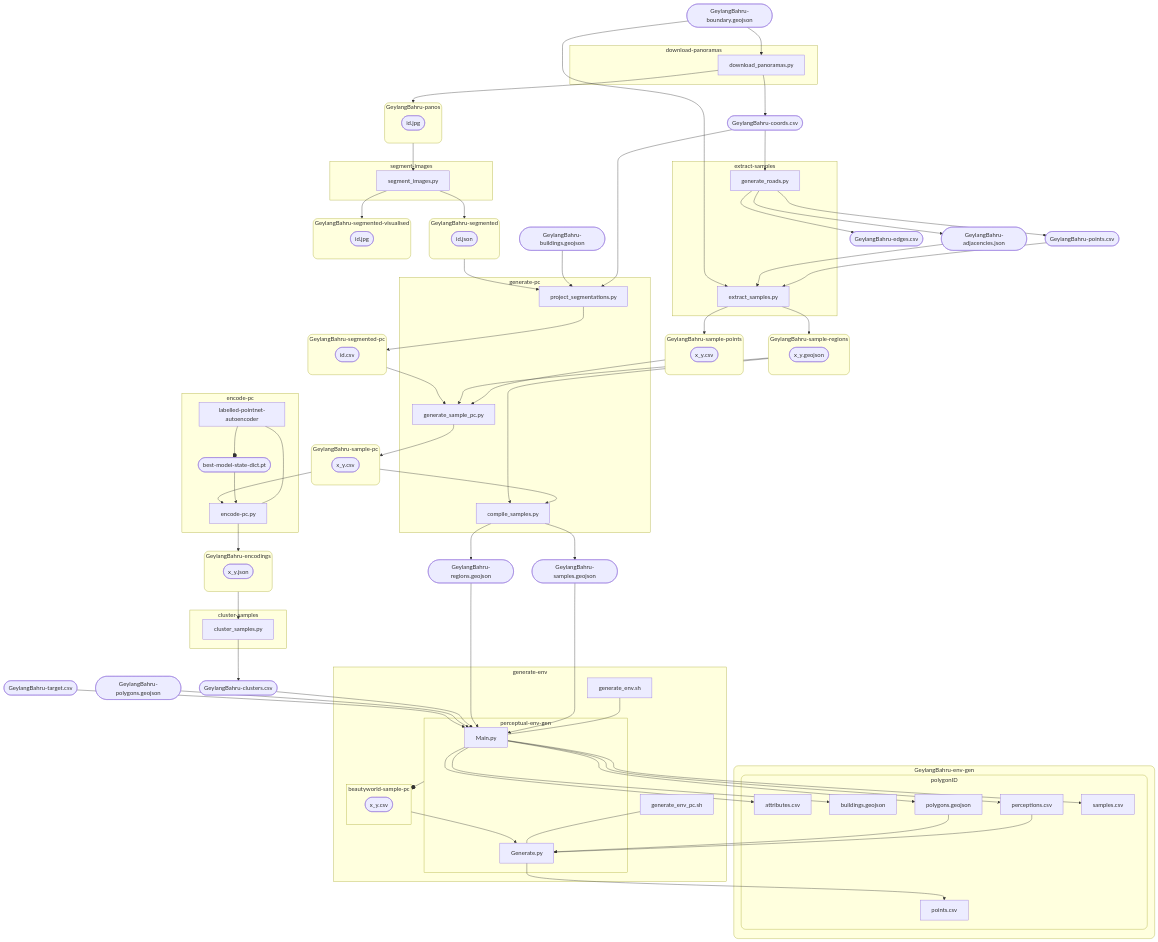
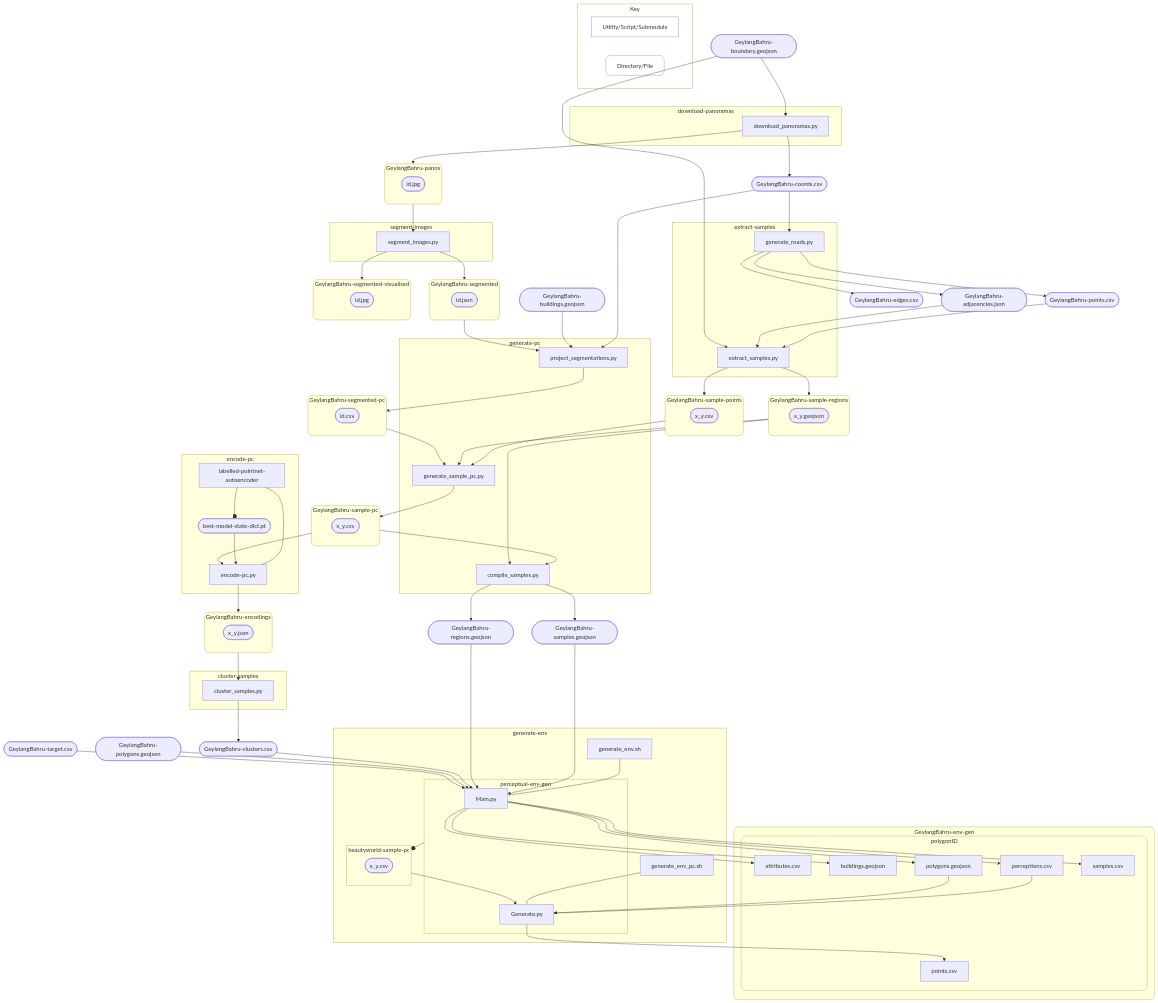
Before and after one commit to ccheemeng/perceptual-urban-walk: the diagram in README.md, drawn with Mermaid. The commit also changed other lines of this file, not shown here.

````diff
--- a/README.md
+++ b/README.md
@@ -41,7 +60,6 @@
         end
         EPPy["encode-pc.py"]
         BMSD(["best-model-state-dict.pt"])
-        click LPNAE href "https://github.com/ccheemeng/labelled-pointnet-autoencoder/tree/main"
         click EPPy href "https://github.com/ccheemeng/perceptual-urban-walk/tree/main/encode-pc"
         click BMSD href "https://github.com/ccheemeng/labelled-pointnet-autoencoder/releases/tag/v0.1.1"
     end
@@ -59,7 +77,8 @@
         end
         GESh["generate_env.sh"]
         GEPSh["generate_env_pc.sh"]
-        click PEG href "https://github.com/ccheemeng/perceptual-env-gen/tree/main"
+        click PEGMain href "https://github.com/ccheemeng/perceptual-env-gen/tree/main"
+        click PEGGenerate href "https://github.com/ccheemeng/perceptual-env-gen/tree/main"
         click GESh href "https://github.com/ccheemeng/perceptual-urban-walk/tree/main/generate-env"
         click GEPSh href "https://github.com/ccheemeng/perceptual-urban-walk/tree/main/generate-env"
     end
@@ -151,14 +170,27 @@
     QuerySamplePcs --> PEGGenerate
     PEGGenerate --> PointsGen
 
-    style Panos rx:0.75vw,ry:0.75vw
-    style Segmentations rx:0.75vw,ry:0.75vw
-    style SegmentationVizs rx:0.75vw,ry:0.75vw
-    style SamplePoints rx:0.75vw,ry:0.75vw
-    style SampleRegions rx:0.75vw,ry:0.75vw
-    style SegmentedPcs rx:0.75vw,ry:0.75vw
-    style SamplePcs rx:0.75vw,ry:0.75vw
-    style Encodings rx:0.75vw,ry:0.75vw
-    style EnvGen rx:0.75vw,ry:0.75vw
-    style PolygonGen rx:0.75vw,ry:0.75vw
+    classDef directory rx:0.8vw,ry:0.8vw
+    classDef key fill:transparent
+
+    subgraph Key["Key"]
+        Sharp["Utility/Script/Submodule"]
+        Round["Directory/File"]
+    end
+    class Key key
+    class Sharp key
+    class Round key
+    class Round directory
+
+    class Panos directory
+    class Segmentations directory
+    class SegmentationVizs directory
+    class SamplePoints directory
+    class SampleRegions directory
+    class SegmentedPcs directory
+    class SamplePcs directory
+    class Encodings directory
+    class EnvGen directory
+    class PolygonGen directory
+    class Round directory
 ```
````
